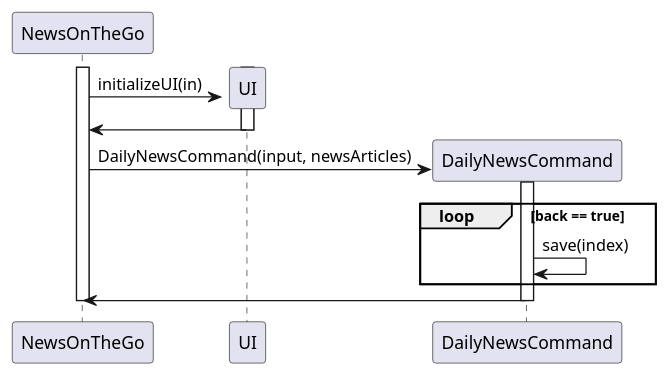
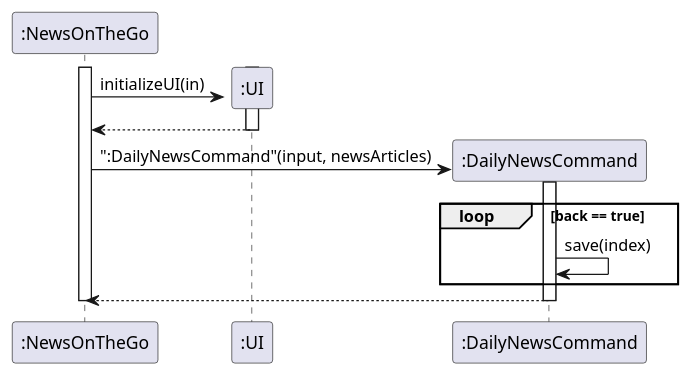
The diagram in docs/UML Diagrams/dailyFunctionSequence.puml (AhmedShaiyan/tp), drawn with PlantUML before and after one commit. The commit also changed 1 other file, not shown here.

Commit message:
Update sequence diagram for DG

```diff
--- a/docs/UML Diagrams/dailyFunctionSequence.puml
+++ b/docs/UML Diagrams/dailyFunctionSequence.puml
@@ -1,18 +1,18 @@
 @startuml
-Create NewsOnTheGo
-activate NewsOnTheGo
-Create UI
-activate UI
-NewsOnTheGo -> UI: initializeUI(in)
-UI -> NewsOnTheGo:
-deactivate UI
-Create DailyNewsCommand
-NewsOnTheGo -> DailyNewsCommand: DailyNewsCommand(input, newsArticles)
-activate DailyNewsCommand
+Create ":NewsOnTheGo"
+activate ":NewsOnTheGo"
+Create ":UI"
+activate ":UI"
+":NewsOnTheGo" -> ":UI" : initializeUI(in)
+":UI" --> ":NewsOnTheGo":
+deactivate ":UI"
+Create ":DailyNewsCommand"
+":NewsOnTheGo" -> ":DailyNewsCommand" : ":DailyNewsCommand"(input, newsArticles)
+activate ":DailyNewsCommand"
 loop back == true
-    DailyNewsCommand -> DailyNewsCommand: save(index)
+    ":DailyNewsCommand" -> ":DailyNewsCommand": save(index)
     end
-DailyNewsCommand -> NewsOnTheGo:
-deactivate DailyNewsCommand
-deactivate NewsOnTheGo
+":DailyNewsCommand" --> ":NewsOnTheGo":
+deactivate ":DailyNewsCommand"
+deactivate ":NewsOnTheGo"
 @enduml
```
